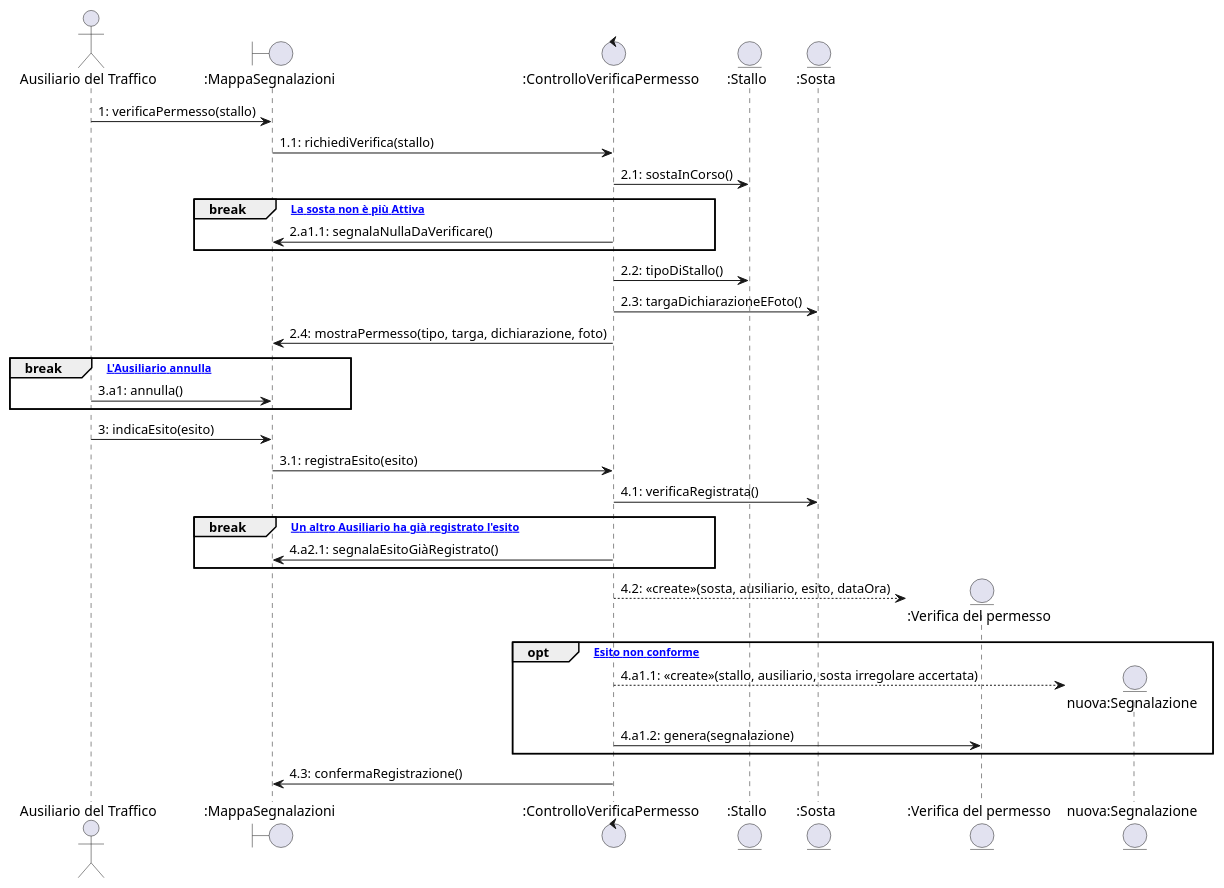
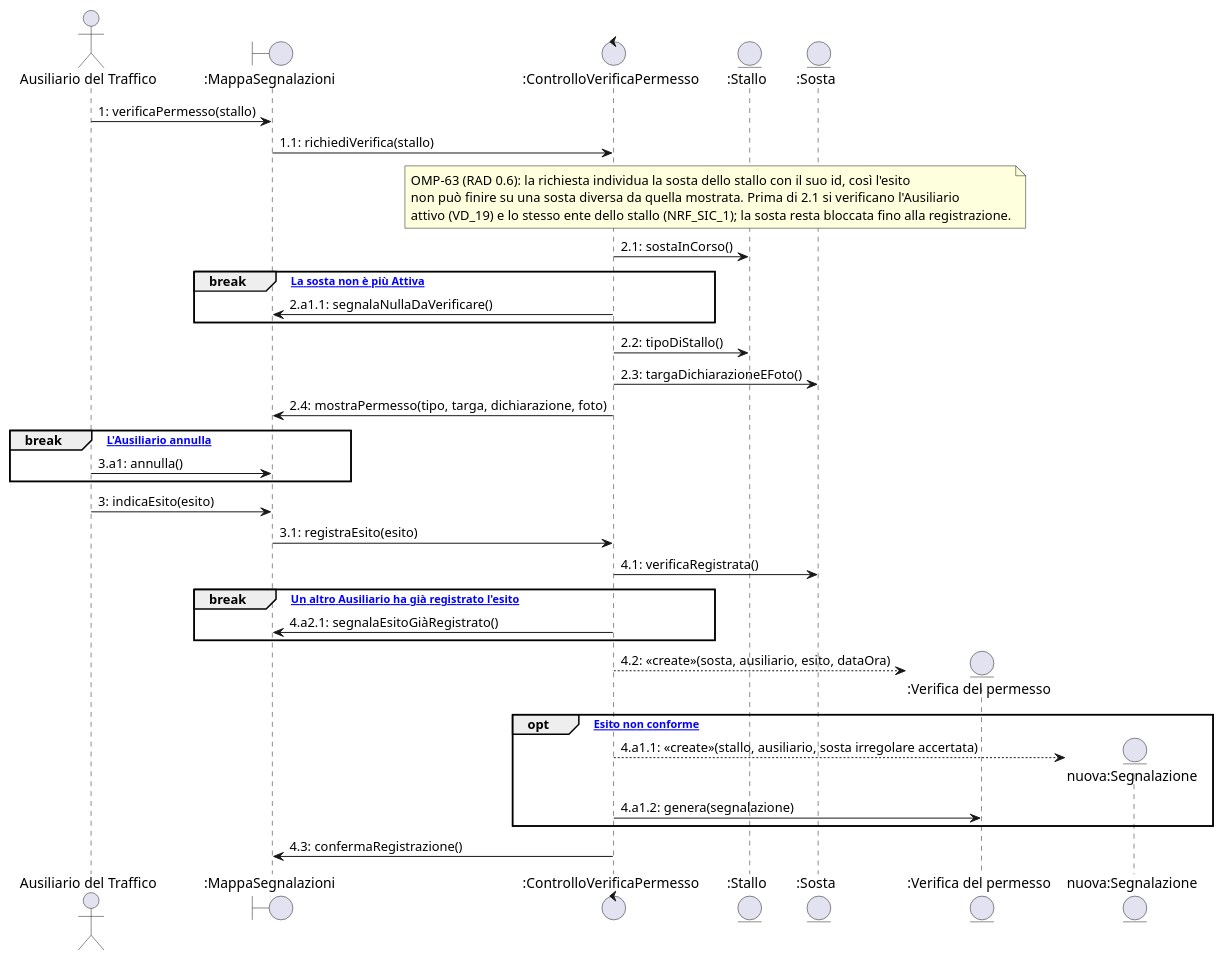
Before and after one commit to PM-C07/PM-OmniPark: the diagram in docs/rad/sequence/sd_op_5.puml, drawn with PlantUML. The commit also changed 26 other files, not shown here.

```diff
--- a/docs/rad/sequence/sd_op_5.puml
+++ b/docs/rad/sequence/sd_op_5.puml
@@ -1,42 +1,43 @@
 @startuml sd_op_5
 actor "Ausiliario del Traffico" as Aus
 boundary ":MappaSegnalazioni" as UI
 control ":ControlloVerificaPermesso" as Ctrl
 entity ":Stallo" as Stallo
 entity ":Sosta" as Sosta
 
 Aus -> UI : 1: verificaPermesso(stallo)
 UI -> Ctrl : 1.1: richiediVerifica(stallo)
+note over Ctrl, Sosta : OMP-63 (RAD 0.6): la richiesta individua la sosta dello stallo con il suo id, così l'esito\nnon può finire su una sosta diversa da quella mostrata. Prima di 2.1 si verificano l'Ausiliario\nattivo (VD_19) e lo stesso ente dello stallo (NRF_SIC_1); la sosta resta bloccata fino alla registrazione.
 Ctrl -> Stallo : 2.1: sostaInCorso()
 
 break [2.a1 La sosta non è più Attiva]
   Ctrl -> UI : 2.a1.1: segnalaNullaDaVerificare()
 end
 
 Ctrl -> Stallo : 2.2: tipoDiStallo()
 Ctrl -> Sosta : 2.3: targaDichiarazioneEFoto()
 Ctrl -> UI : 2.4: mostraPermesso(tipo, targa, dichiarazione, foto)
 
 break [3.a1 L'Ausiliario annulla]
   Aus -> UI : 3.a1: annulla()
 end
 
 Aus -> UI : 3: indicaEsito(esito)
 UI -> Ctrl : 3.1: registraEsito(esito)
 Ctrl -> Sosta : 4.1: verificaRegistrata()
 
 break [4.a2 Un altro Ausiliario ha già registrato l'esito]
   Ctrl -> UI : 4.a2.1: segnalaEsitoGiàRegistrato()
 end
 
 create entity ":Verifica del permesso" as Ver
 Ctrl --> Ver : 4.2: <<create>>(sosta, ausiliario, esito, dataOra)
 
 opt [4.a1 Esito non conforme]
   create entity "nuova:Segnalazione" as NuovaSegn
   Ctrl --> NuovaSegn : 4.a1.1: <<create>>(stallo, ausiliario, sosta irregolare accertata)
   Ctrl -> Ver : 4.a1.2: genera(segnalazione)
 end
 
 Ctrl -> UI : 4.3: confermaRegistrazione()
 @enduml
```
